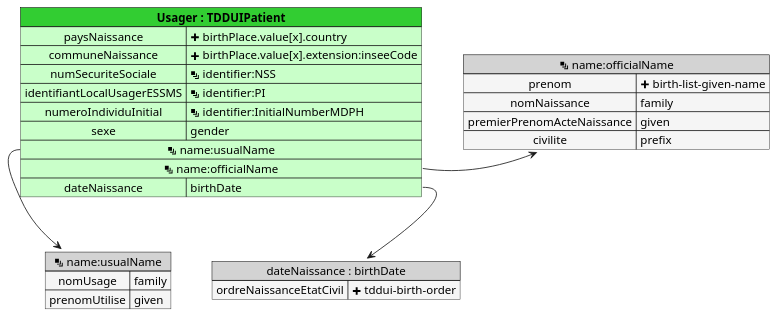
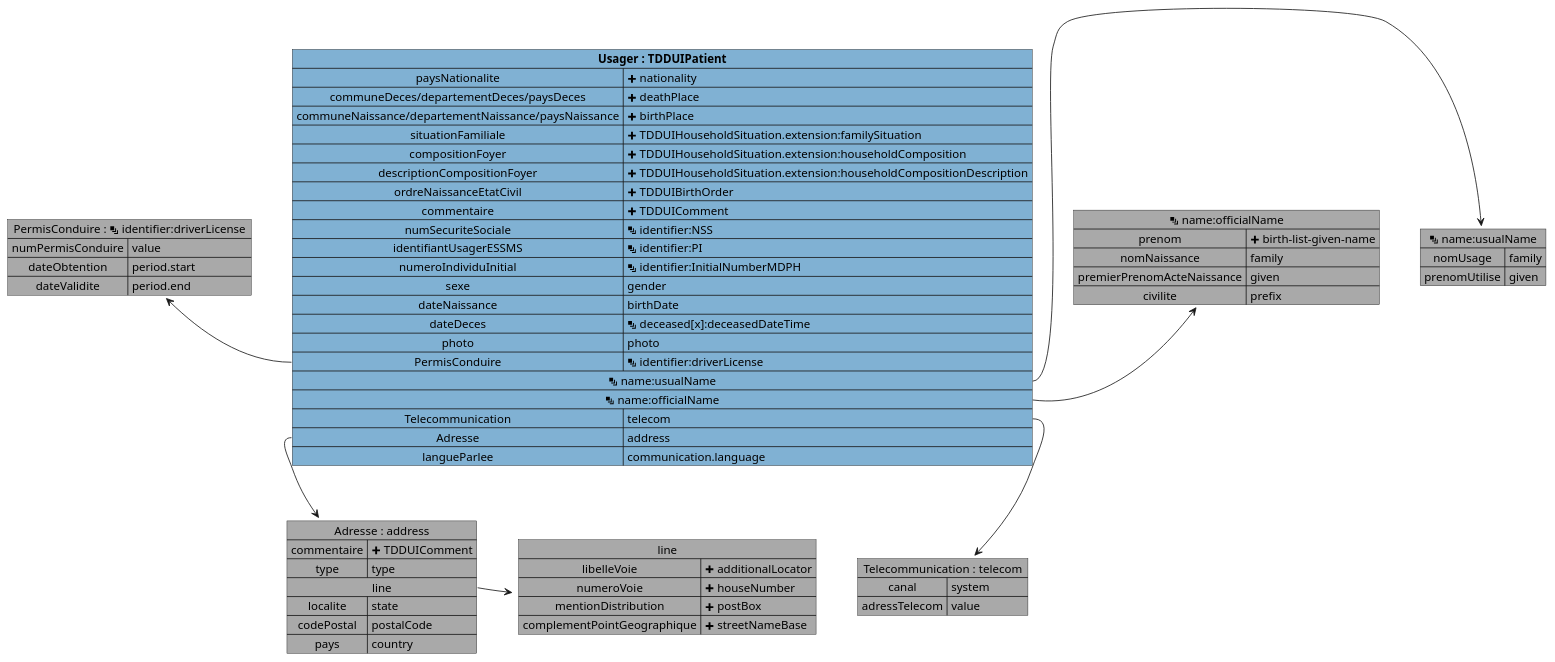
One commit to ansforge/IG-fhir-medicosocial-transfert-donnees-dui changed the diagram in input/images-source/mapping_TDDUIPatient.plantuml. Above: the diagram before and after it, drawn with PlantUML. The commit also changed 11 other files, not shown here.

```diff
--- a/input/images-source/mapping_TDDUIPatient.plantuml
+++ b/input/images-source/mapping_TDDUIPatient.plantuml
@@ -1,33 +1,72 @@
 @startuml
 
-map "<&layers> name:usualName" as nameusualName #back:WhiteSmoke;header:LightGray {
+
+
+map "PermisConduire : <&layers> identifier:driverLicense" as PermisConduire #DarkGray {
+    numPermisConduire => value
+    dateObtention => period.start
+    dateValidite => period.end
+}
+
+map "line" as line #DarkGray {
+    libelleVoie => <&plus> additionalLocator
+    numeroVoie => <&plus> houseNumber
+    mentionDistribution => <&plus> postBox
+    complementPointGeographique => <&plus> streetNameBase
+}
+
+map "<&layers> name:usualName" as nameusualName #DarkGray {
     nomUsage => family
     prenomUtilise => given
 }
 
-map "<&layers> name:officialName" as nameofficialName #back:WhiteSmoke;header:LightGray {
+map "<&layers> name:officialName" as nameofficialName #DarkGray {
     prenom => <&plus> birth-list-given-name
     nomNaissance => family
     premierPrenomActeNaissance => given
     civilite => prefix
 }
 
-map "dateNaissance : birthDate" as dateNaissance #back:WhiteSmoke;header:LightGray {
-    ordreNaissanceEtatCivil => <&plus> tddui-birth-order
+map "Telecommunication : telecom" as Telecommunication #DarkGray {
+    canal => system
+    adressTelecom => value
 }
 
-map "**Usager : TDDUIPatient**" as Usager #back:TECHNOLOGY;header:LimeGreen {
-    paysNaissance => <&plus> birthPlace.value[x].country
-    communeNaissance => <&plus> birthPlace.value[x].extension:inseeCode
+map "Adresse : address" as Adresse #DarkGray {
+    commentaire => <&plus> TDDUIComment
+    type => type
+    line *-> line
+    localite => state
+    codePostal => postalCode
+    pays => country
+}
+
+map "**Usager : TDDUIPatient**" as Usager #80b1d3 {
+    paysNationalite => <&plus> nationality
+    communeDeces/departementDeces/paysDeces => <&plus> deathPlace
+    communeNaissance/departementNaissance/paysNaissance => <&plus> birthPlace
+    situationFamiliale => <&plus> TDDUIHouseholdSituation.extension:familySituation
+    compositionFoyer => <&plus> TDDUIHouseholdSituation.extension:householdComposition
+    descriptionCompositionFoyer => <&plus> TDDUIHouseholdSituation.extension:householdCompositionDescription
+    ordreNaissanceEtatCivil => <&plus> TDDUIBirthOrder
+    commentaire => <&plus> TDDUIComment
     numSecuriteSociale => <&layers> identifier:NSS
-    identifiantLocalUsagerESSMS => <&layers> identifier:PI
+    identifiantUsagerESSMS => <&layers> identifier:PI
     numeroIndividuInitial => <&layers> identifier:InitialNumberMDPH
     sexe => gender
-    <&layers> name:usualName *--> nameusualName
+    dateNaissance => birthDate
+    dateDeces => <&layers> deceased[x]:deceasedDateTime
+    photo => photo
+    PermisConduire => <&layers> identifier:driverLicense
+    <&layers> name:usualName *-> nameusualName
     <&layers> name:officialName *-> nameofficialName
-    dateNaissance => birthDate
+    Telecommunication => telecom
+    Adresse => address
+    langueParlee => communication.language
 }
 
-Usager::dateNaissance --> dateNaissance
+Usager::PermisConduire -l-> PermisConduire
+Usager::Telecommunication -d-> Telecommunication
+Usager::Adresse -d-> Adresse
 
 @enduml
```
